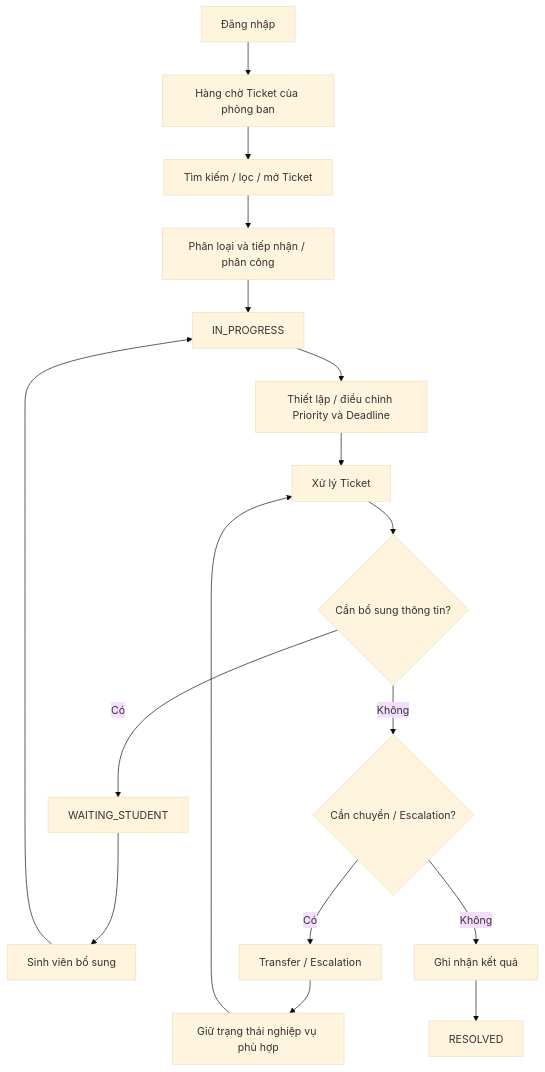
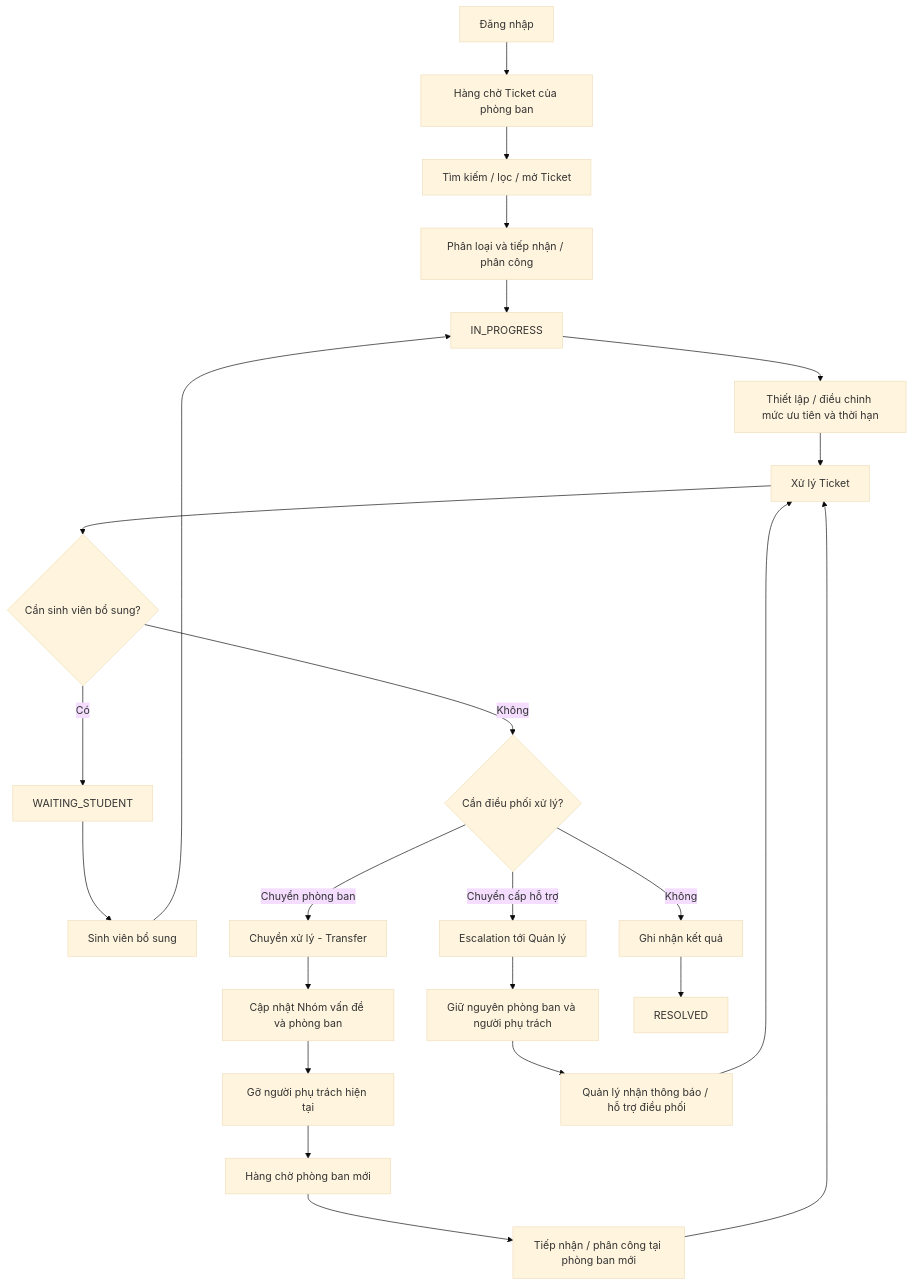
Before and after one commit to trvannhan/unisupport-docs: the diagram in 03-modules/M02-staff-operations/README.md, drawn with Mermaid (base theme). The commit also changed other lines of this file, not shown here.

Commit message:
Clarify Transfer and Escalation branches in M02 workflow

````diff
--- a/03-modules/M02-staff-operations/README.md
+++ b/03-modules/M02-staff-operations/README.md
@@ -33,22 +33,31 @@
 ```mermaid
 flowchart TD
     A[Đăng nhập] --> B[Hàng chờ Ticket của phòng ban]
     B --> C[Tìm kiếm / lọc / mở Ticket]
     C --> D[Phân loại và tiếp nhận / phân công]
     D --> E[IN_PROGRESS]
-    E --> F[Thiết lập / điều chỉnh Priority và Deadline]
+    E --> F[Thiết lập / điều chỉnh mức ưu tiên và thời hạn]
     F --> G[Xử lý Ticket]
 
-    G --> H{Cần bổ sung thông tin?}
+    G --> H{Cần sinh viên bổ sung?}
     H -->|Có| I[WAITING_STUDENT]
     I --> J[Sinh viên bổ sung]
     J --> E
 
-    H -->|Không| K{Cần chuyển / Escalation?}
-    K -->|Có| L[Transfer / Escalation]
-    L --> O[Giữ trạng thái nghiệp vụ phù hợp]
-    O --> G
+    H -->|Không| K{Cần điều phối xử lý?}
 
-    K -->|Không| M[Ghi nhận kết quả]
-    M --> N[RESOLVED]
+    K -->|Chuyển phòng ban| L[Chuyển xử lý - Transfer]
+    L --> M[Cập nhật Nhóm vấn đề và phòng ban]
+    M --> N[Gỡ người phụ trách hiện tại]
+    N --> O[Hàng chờ phòng ban mới]
+    O --> P[Tiếp nhận / phân công tại phòng ban mới]
+    P --> G
+
+    K -->|Chuyển cấp hỗ trợ| Q[Escalation tới Quản lý]
+    Q --> R[Giữ nguyên phòng ban và người phụ trách]
+    R --> S[Quản lý nhận thông báo / hỗ trợ điều phối]
+    S --> G
+
+    K -->|Không| T[Ghi nhận kết quả]
+    T --> U[RESOLVED]
 ```
````
